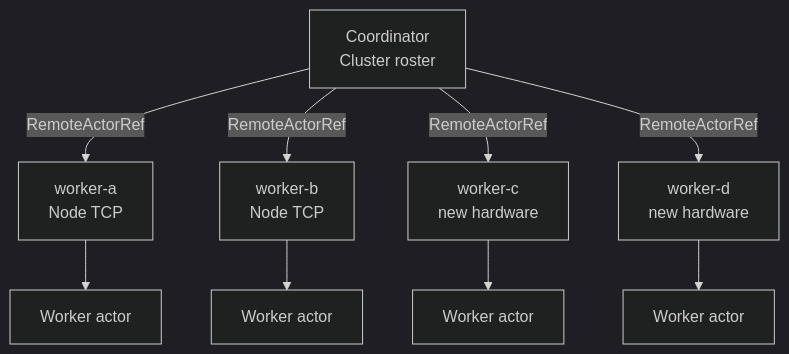
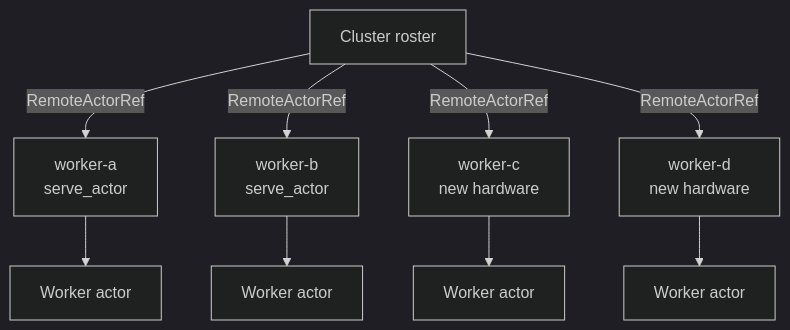
Before and after one commit to akashsoni01/lane_switchboards: the diagram in examples/horizontal_scaling.md, drawn with Mermaid (dark theme). The commit also changed other lines of this file and 5 other files, not shown here.

````diff
--- a/examples/horizontal_scaling.md
+++ b/examples/horizontal_scaling.md
@@ -32,17 +38,17 @@
 ```mermaid
 flowchart TB
-    Coord["Coordinator<br/>Cluster roster"]
-    A["worker-a<br/>Node TCP"]
-    B["worker-b<br/>Node TCP"]
+    Coord["Cluster roster"]
+    A["worker-a<br/>serve_actor"]
+    B["worker-b<br/>serve_actor"]
     C["worker-c<br/>new hardware"]
     D["worker-d<br/>new hardware"]
 
     Coord -->|"RemoteActorRef"| A
     Coord -->|"RemoteActorRef"| B
     Coord -->|"RemoteActorRef"| C
     Coord -->|"RemoteActorRef"| D
     A --> WA["Worker actor"]
     B --> WB["Worker actor"]
     C --> WC["Worker actor"]
     D --> WD["Worker actor"]
 ```
````
